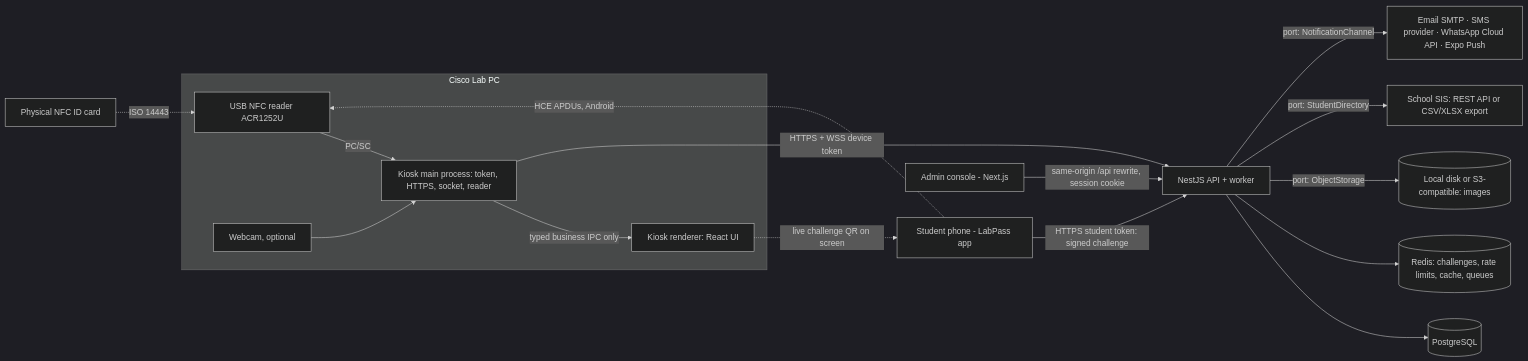
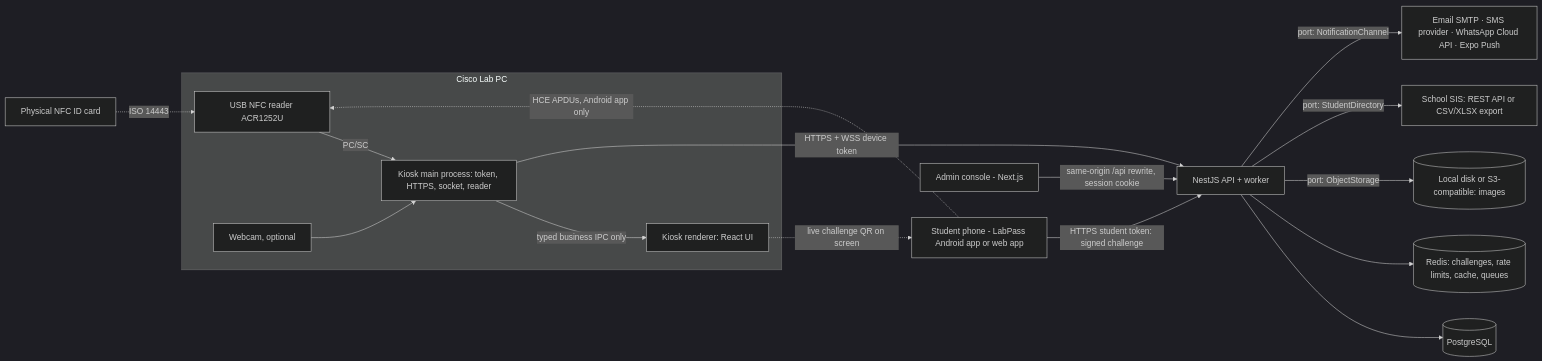
Before and after one commit to AyuknyamndiICTU/Inven-ICTU: the diagram in plans/ictu-labpass/01-architecture.md, drawn with Mermaid (dark theme). The commit also changed other lines of this file and 5 other files, not shown here.

````diff
--- a/plans/ictu-labpass/01-architecture.md
+++ b/plans/ictu-labpass/01-architecture.md
@@ -49,19 +56,19 @@
 ```mermaid
 flowchart LR
   subgraph LAB[Cisco Lab PC]
     RDR[USB NFC reader ACR1252U] -- PC/SC --> KMAIN[Kiosk main process: token, HTTPS, socket, reader]
     KMAIN -- typed business IPC only --> KUI[Kiosk renderer: React UI]
     CAM[Webcam, optional] --> KMAIN
   end
   CARD[Physical NFC ID card] -. ISO 14443 .-> RDR
-  PHONE[Student phone - LabPass app] -. HCE APDUs, Android .-> RDR
+  PHONE[Student phone - LabPass Android app or web app] -. HCE APDUs, Android app only .-> RDR
   KUI -. live challenge QR on screen .-> PHONE
   PHONE -- HTTPS student token: signed challenge --> API
   KMAIN -- HTTPS + WSS device token --> API[NestJS API + worker]
   ADMIN[Admin console - Next.js] -- same-origin /api rewrite, session cookie --> API
   API --> PG[(PostgreSQL)]
   API --> RD[(Redis: challenges, rate limits, cache, queues)]
   API -- port: ObjectStorage --> OBJ[(Local disk or S3-compatible: images)]
   API -- port: StudentDirectory --> SIS[School SIS: REST API or CSV/XLSX export]
   API -- port: NotificationChannel --> CH[Email SMTP · SMS provider · WhatsApp Cloud API · Expo Push]
 ```
````
